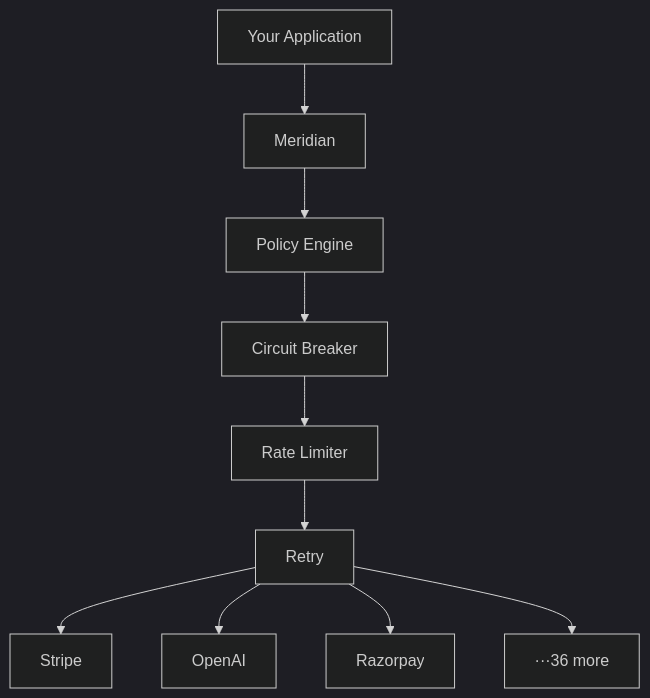
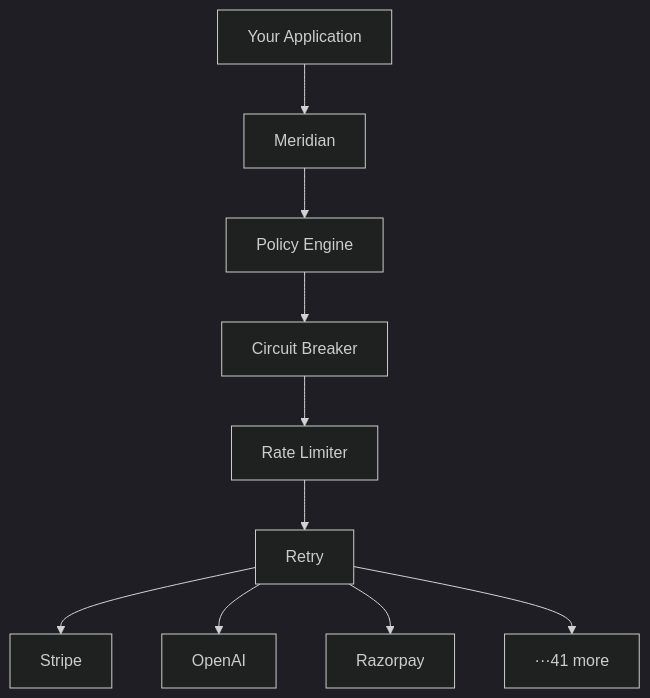
One commit to Raghaverma/Meridianjs changed the first of 3 diagrams in README.md. Above: the diagram before and after it, drawn with Mermaid (dark theme). The commit also changed other lines of this file, not shown here.

````diff
--- a/README.md
+++ b/README.md
@@ -43,12 +63,12 @@
 ```mermaid
 graph TD
     App[Your Application] --> M[Meridian]
     M --> P[Policy Engine]
     P --> CB[Circuit Breaker]
     CB --> RL[Rate Limiter]
     RL --> RT[Retry]
     RT --> S[Stripe]
     RT --> O[OpenAI]
     RT --> R[Razorpay]
-    RT --> More[···36 more]
+    RT --> More[···41 more]
 ```
````
